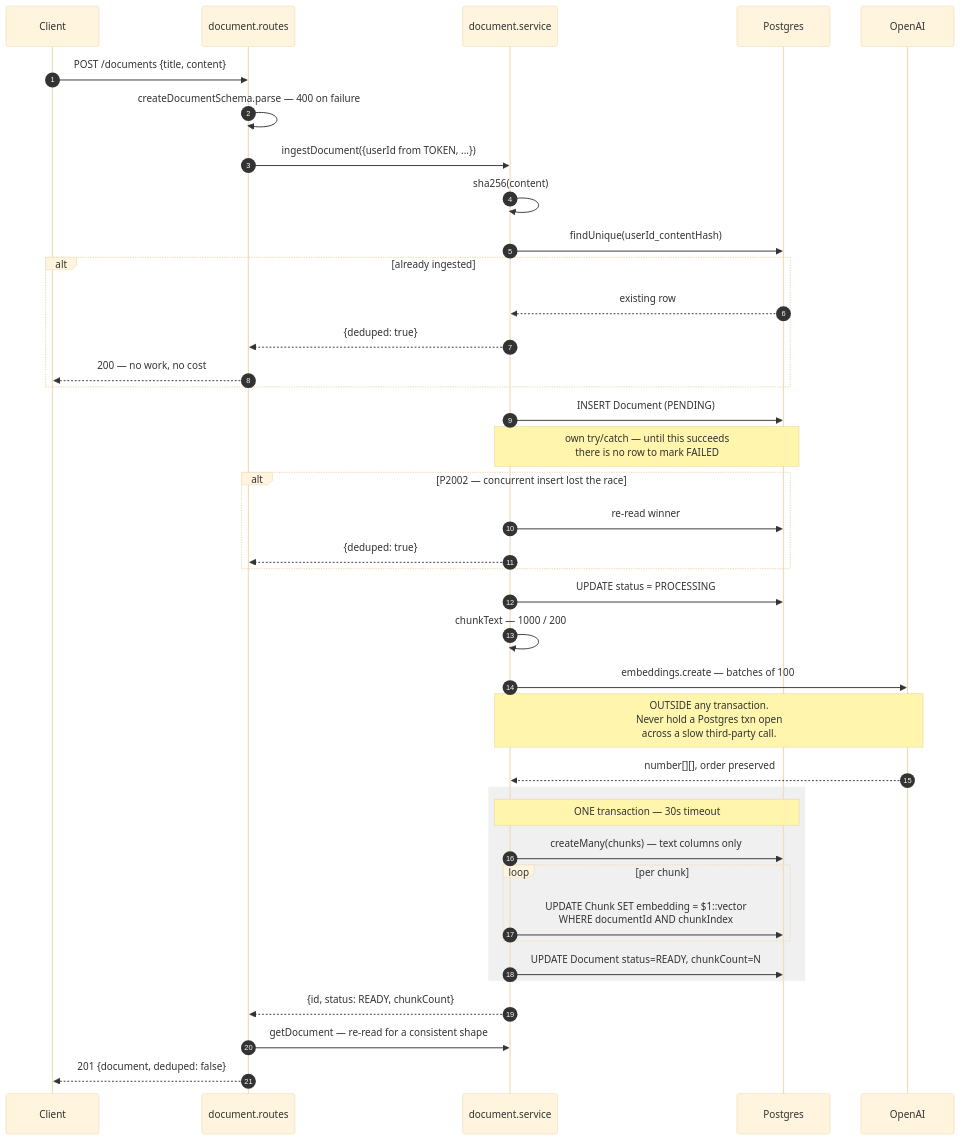
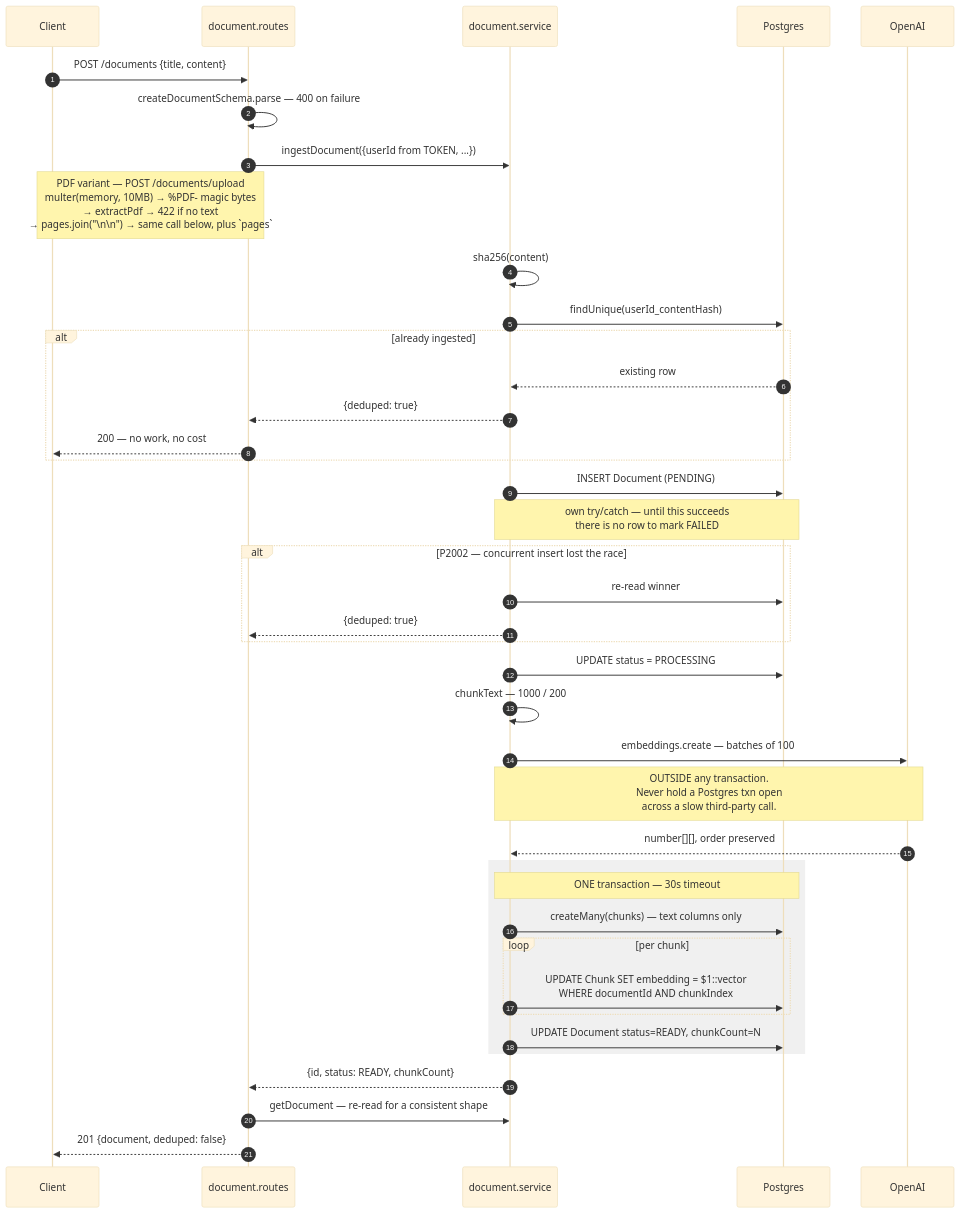
One commit to AbhishekSatyam96/rag-assistant changed the fourth of 6 diagrams in docs/lld.md. Above: the diagram before and after it, drawn with Mermaid (base theme). The commit also changed other lines of this file and 17 other files, not shown here.

````diff
--- a/docs/lld.md
+++ b/docs/lld.md
@@ -204,47 +214,49 @@
 ```mermaid
 sequenceDiagram
     autonumber
     participant C as Client
     participant R as document.routes
     participant S as document.service
     participant DB as Postgres
     participant AI as OpenAI
 
     C->>R: POST /documents {title, content}
     R->>R: createDocumentSchema.parse — 400 on failure
     R->>S: ingestDocument({userId from TOKEN, ...})
+
+    Note over C,R: PDF variant — POST /documents/upload<br/>multer(memory, 10MB) → %PDF- magic bytes<br/>→ extractPdf → 422 if no text<br/>→ pages.join("\n\n") → same call below, plus `pages`
 
     S->>S: sha256(content)
     S->>DB: findUnique(userId_contentHash)
     alt already ingested
         DB-->>S: existing row
         S-->>R: {deduped: true}
         R-->>C: 200 — no work, no cost
     end
 
     S->>DB: INSERT Document (PENDING)
     Note over S,DB: own try/catch — until this succeeds<br/>there is no row to mark FAILED
     alt P2002 — concurrent insert lost the race
         S->>DB: re-read winner
         S-->>R: {deduped: true}
     end
 
     S->>DB: UPDATE status = PROCESSING
     S->>S: chunkText — 1000 / 200
     S->>AI: embeddings.create — batches of 100
     Note over S,AI: OUTSIDE any transaction.<br/>Never hold a Postgres txn open<br/>across a slow third-party call.
     AI-->>S: number[][], order preserved
 
     rect rgb(240, 240, 240)
         Note over S,DB: ONE transaction — 30s timeout
         S->>DB: createMany(chunks) — text columns only
         loop per chunk
             S->>DB: UPDATE Chunk SET embedding = $1::vector<br/>WHERE documentId AND chunkIndex
         end
         S->>DB: UPDATE Document status=READY, chunkCount=N
     end
 
     S-->>R: {id, status: READY, chunkCount}
     R->>S: getDocument — re-read for a consistent shape
     R-->>C: 201 {document, deduped: false}
 ```
````
